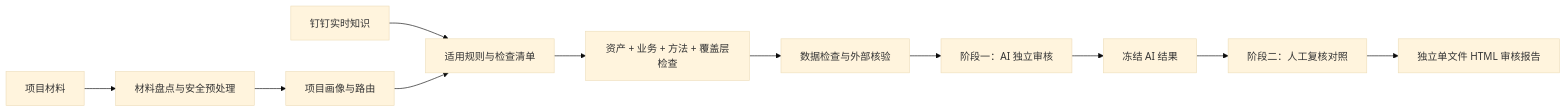
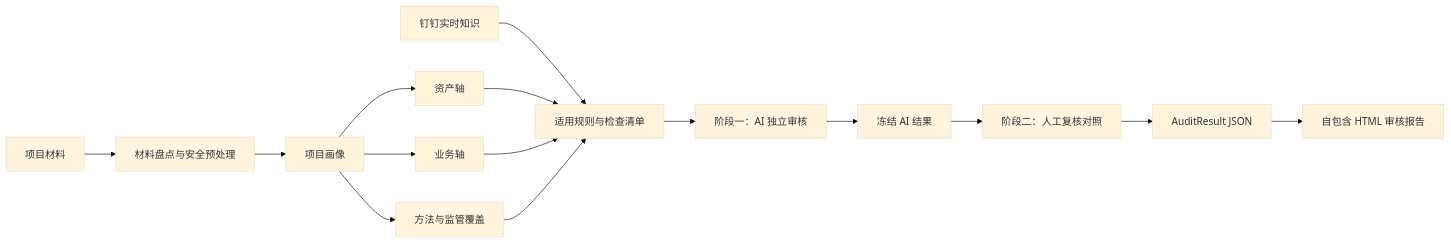
One commit to mmungdong/crwu-ai changed the second of 3 diagrams in README.zh-CN.md. Above: the diagram before and after it, drawn with Mermaid (base theme). The commit also changed other lines of this file and 1 other file, not shown here.

````diff
--- a/README.zh-CN.md
+++ b/README.zh-CN.md
@@ -116,13 +184,17 @@
 ```mermaid
 flowchart LR
     A[项目材料] --> B[材料盘点与安全预处理]
-    B --> C[项目画像与路由]
-    K[钉钉实时知识] --> D[适用规则与检查清单]
-    C --> D
-    D --> E[资产 + 业务 + 方法 + 覆盖层检查]
-    E --> F[数据检查与外部核验]
-    F --> G[阶段一：AI 独立审核]
-    G --> H[冻结 AI 结果]
-    H --> I[阶段二：人工复核对照]
-    I --> J[独立单文件 HTML 审核报告]
+    B --> C[项目画像]
+    C --> D[资产轴]
+    C --> E[业务轴]
+    C --> F[方法与监管覆盖]
+    K[钉钉实时知识] --> G[适用规则与检查清单]
+    D --> G
+    E --> G
+    F --> G
+    G --> H[阶段一：AI 独立审核]
+    H --> I[冻结 AI 结果]
+    I --> J[阶段二：人工复核对照]
+    J --> L[AuditResult JSON]
+    L --> M[自包含 HTML 审核报告]
 ```
````
